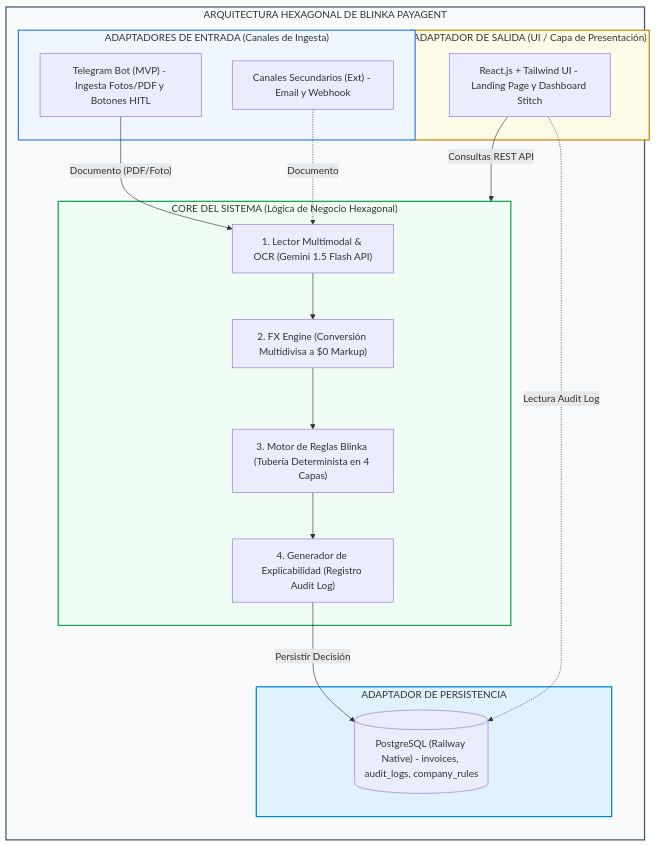
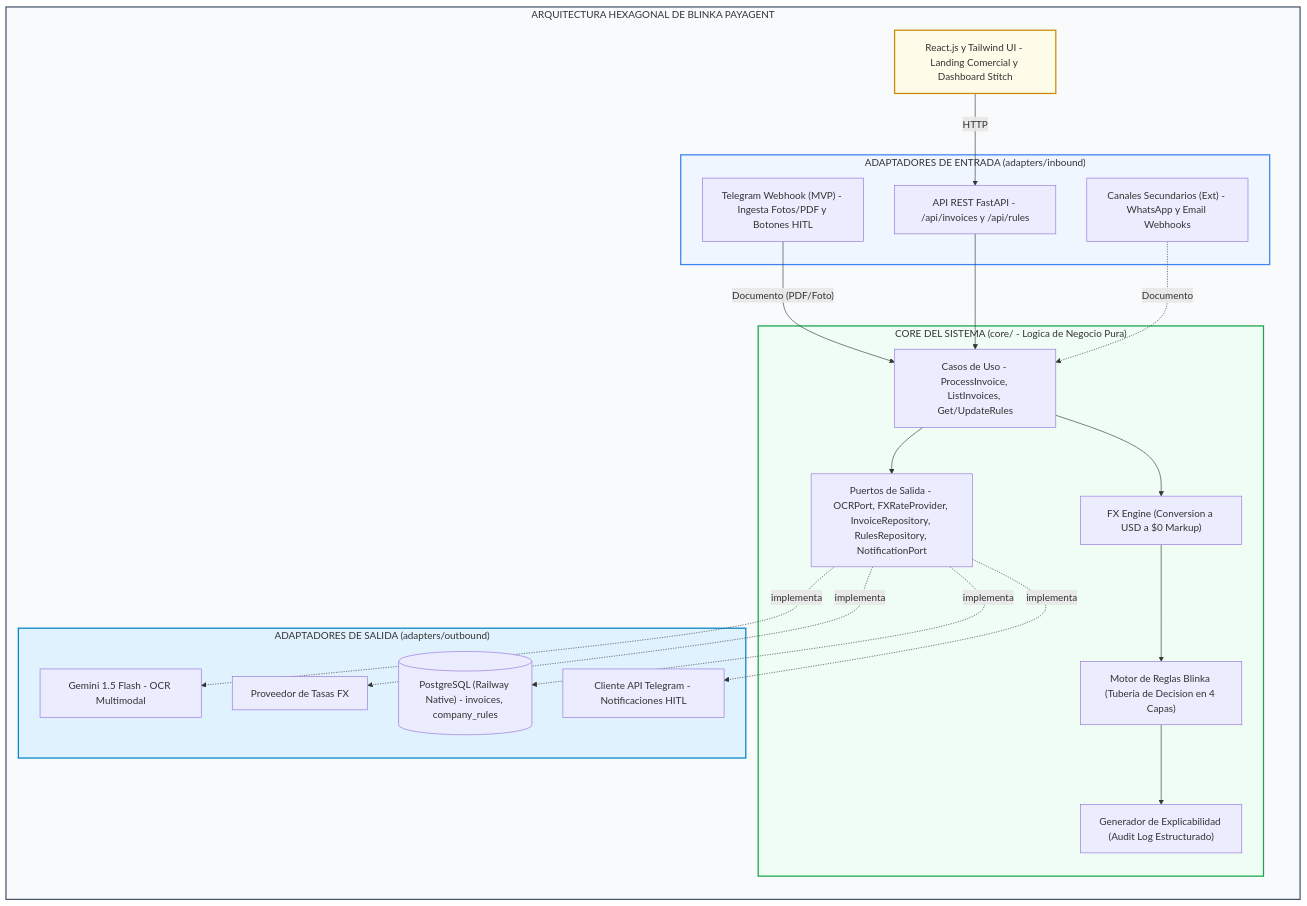
One commit to Oriojas/30X_404_team changed the first of 2 diagrams in plan_de_trabajo.md. Above: the diagram before and after it, drawn with Mermaid. The commit also changed other lines of this file and 53 other files, not shown here.

First line of the commit message:
refactor(backend): reestructurar a arquitectura hexagonal con puertos y adaptadores

````diff
--- a/plan_de_trabajo.md
+++ b/plan_de_trabajo.md
@@ -18,40 +18,47 @@
 ```mermaid
 flowchart TD
     subgraph System ["ARQUITECTURA HEXAGONAL DE BLINKA PAYAGENT"]
         direction TB
 
-        subgraph InAdapters ["ADAPTADORES DE ENTRADA (Canales de Ingesta)"]
-            Telegram["Telegram Bot (MVP) - Ingesta Fotos/PDF y Botones HITL"]
-            OtherChannels["Canales Secundarios (Ext) - Email y Webhook"]
+        subgraph InAdapters ["ADAPTADORES DE ENTRADA (adapters/inbound)"]
+            Telegram["Telegram Webhook (MVP) - Ingesta Fotos/PDF y Botones HITL"]
+            RestAPI["API REST FastAPI - /api/invoices y /api/rules"]
+            OtherChannels["Canales Secundarios (Ext) - WhatsApp y Email Webhooks"]
         end
 
-        subgraph OutAdapters ["ADAPTADOR DE SALIDA (UI / Capa de Presentación)"]
-            ReactUI["React.js + Tailwind UI - Landing Page y Dashboard Stitch"]
+        subgraph Core ["CORE DEL SISTEMA (core/ - Logica de Negocio Pura)"]
+            UseCases["Casos de Uso - ProcessInvoice, ListInvoices, Get/UpdateRules"]
+            FX["FX Engine (Conversion a USD a $0 Markup)"]
+            Rules["Motor de Reglas Blinka (Tuberia de Decision en 4 Capas)"]
+            Audit["Generador de Explicabilidad (Audit Log Estructurado)"]
+            Ports["Puertos de Salida - OCRPort, FXRateProvider, InvoiceRepository, RulesRepository, NotificationPort"]
+
+            UseCases --> FX --> Rules --> Audit
+            UseCases --> Ports
         end
 
-        subgraph Core ["CORE DEL SISTEMA (Lógica de Negocio Hexagonal)"]
-            OCR["1. Lector Multimodal & OCR (Gemini 1.5 Flash API)"]
-            FX["2. FX Engine (Conversión Multidivisa a $0 Markup)"]
-            Rules["3. Motor de Reglas Blinka (Tubería Determinista en 4 Capas)"]
-            Audit["4. Generador de Explicabilidad (Registro Audit Log)"]
-
-            OCR --> FX --> Rules --> Audit
+        subgraph OutAdapters ["ADAPTADORES DE SALIDA (adapters/outbound)"]
+            Gemini["Gemini 1.5 Flash - OCR Multimodal"]
+            Rates["Proveedor de Tasas FX"]
+            DB[("PostgreSQL (Railway Native) - invoices, company_rules")]
+            TgClient["Cliente API Telegram - Notificaciones HITL"]
         end
 
-        subgraph PersistAdapter ["ADAPTADOR DE PERSISTENCIA"]
-            DB[("PostgreSQL (Railway Native) - invoices, audit_logs, company_rules")]
-        end
+        ReactUI["React.js y Tailwind UI - Landing Comercial y Dashboard Stitch"]
 
-        Telegram -->|"Documento (PDF/Foto)"| OCR
-        OtherChannels -.->|"Documento"| OCR
-        Audit -->|"Persistir Decisión"| DB
-        ReactUI -->|"Consultas REST API"| Core
-        ReactUI -.->|"Lectura Audit Log"| DB
+        ReactUI -->|"HTTP"| RestAPI
+        Telegram -->|"Documento (PDF/Foto)"| UseCases
+        RestAPI --> UseCases
+        OtherChannels -.->|"Documento"| UseCases
+        Ports -.->|"implementa"| Gemini
+        Ports -.->|"implementa"| Rates
+        Ports -.->|"implementa"| DB
+        Ports -.->|"implementa"| TgClient
     end
 
     style System fill:#f8fafc,stroke:#475569,stroke-width:2px
     style InAdapters fill:#eff6ff,stroke:#3b82f6,stroke-width:2px
-    style OutAdapters fill:#fefce8,stroke:#ca8a04,stroke-width:2px
+    style OutAdapters fill:#e0f2fe,stroke:#0284c7,stroke-width:2px
     style Core fill:#f0fdf4,stroke:#16a34a,stroke-width:2px
-    style PersistAdapter fill:#e0f2fe,stroke:#0284c7,stroke-width:2px
+    style ReactUI fill:#fefce8,stroke:#ca8a04,stroke-width:2px
 ```
````
